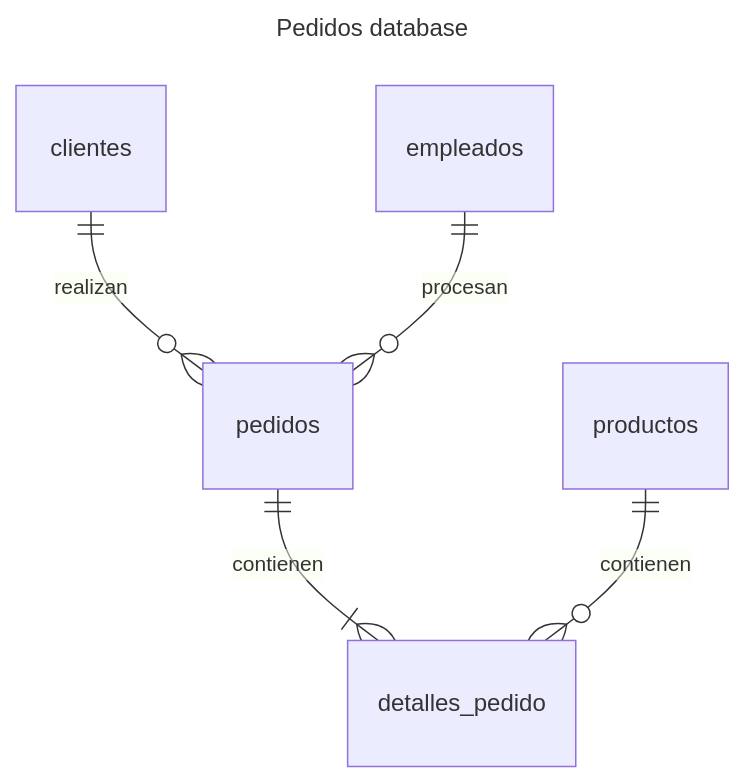
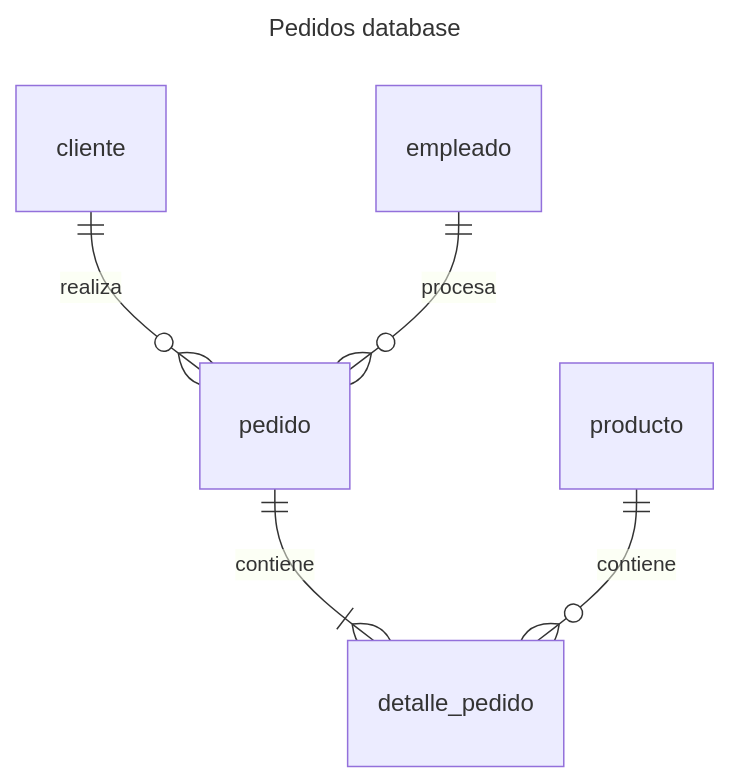
The first of 2 diagrams in README.md (CarlosSanabriaM/docker-sqlite), drawn with Mermaid before and after one commit. The commit also changed 2 other files, not shown here.

Commit message:
refactor: standardize table and relationship names in database schema by using singular names

````diff
--- a/README.md
+++ b/README.md
@@ -21,10 +21,10 @@
 ```mermaid
 ---
 title: Pedidos database
 ---
 erDiagram
-    clientes ||--o{ pedidos : realizan
-    empleados ||--o{ pedidos : procesan
-    pedidos ||--|{ detalles_pedido : contienen
-    productos ||--o{ detalles_pedido : contienen
+    cliente ||--o{ pedido : realiza
+    empleado ||--o{ pedido : procesa
+    pedido ||--|{ detalle_pedido : contiene
+    producto ||--o{ detalle_pedido : contiene
 ```
````
